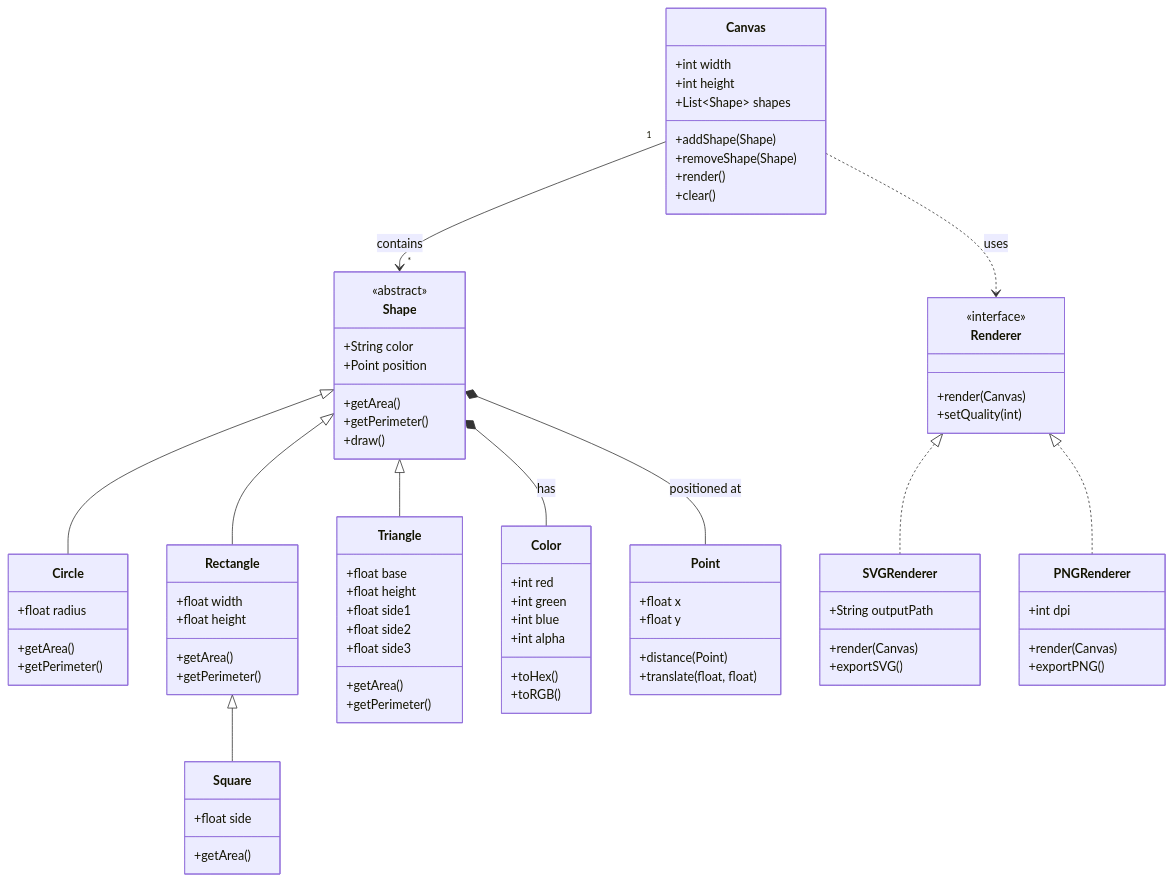
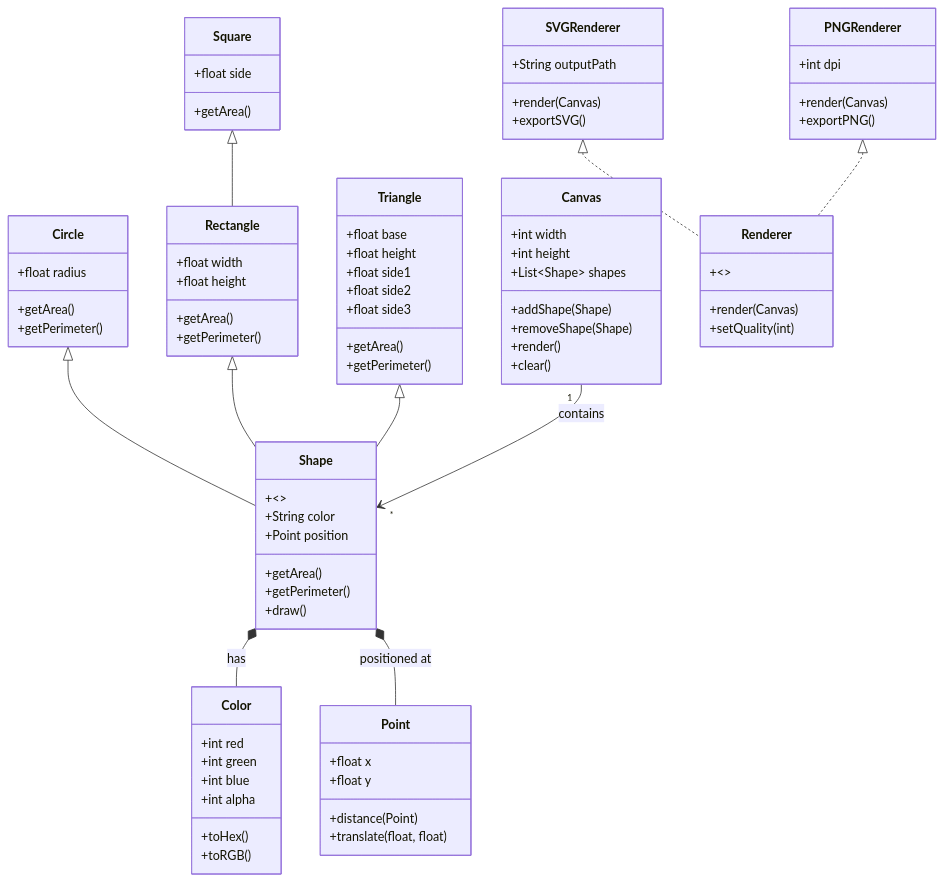
Before and after one commit to LesFarrell/Mermaid-Diagram-Editor: the diagram in showcase_layout.md, drawn with Mermaid. The commit also changed 53 other files, not shown here.

````diff
--- a/showcase_layout.md
+++ b/showcase_layout.md
@@ -1,27 +1,24 @@
 ```mermaid
 classDiagram
     class Shape {
-        <<abstract>>
+        +<<abstract>>
         +String color
         +Point position
         +getArea()
         +getPerimeter()
         +draw()
     }
-    
     class Circle {
         +float radius
         +getArea()
         +getPerimeter()
     }
-    
     class Rectangle {
         +float width
         +float height
         +getArea()
         +getPerimeter()
     }
-    
     class Triangle {
         +float base
         +float height
@@ -31,17 +28,10 @@
         +getArea()
         +getPerimeter()
     }
-    
     class Square {
         +float side
         +getArea()
     }
-    
-    Shape <|-- Circle
-    Shape <|-- Rectangle
-    Shape <|-- Triangle
-    Rectangle <|-- Square
-    
     class Canvas {
         +int width
         +int height
@@ -51,7 +41,6 @@
         +render()
         +clear()
     }
-    
     class Color {
         +int red
         +int green
@@ -60,37 +49,34 @@
         +toHex()
         +toRGB()
     }
-    
     class Point {
         +float x
         +float y
         +distance(Point)
         +translate(float, float)
     }
-    
-    Canvas "1" --> "*" Shape : contains
-    Shape *-- Color : has
-    Shape *-- Point : positioned at
-    
     class Renderer {
-        <<interface>>
+        +<<interface>>
         +render(Canvas)
         +setQuality(int)
     }
-    
     class SVGRenderer {
         +String outputPath
         +render(Canvas)
         +exportSVG()
     }
-    
     class PNGRenderer {
         +int dpi
         +render(Canvas)
         +exportPNG()
     }
-    
-    Renderer <|.. SVGRenderer
-    Renderer <|.. PNGRenderer
-    Canvas ..> Renderer : uses
+    Circle <|-- Shape
+    Rectangle <|-- Shape
+    Triangle <|-- Shape
+    Square <|-- Rectangle
+    Canvas "1" --> "*" Shape : contains
+    Shape *-- Color : has
+    Shape *-- Point : positioned at
+    SVGRenderer <|.. Renderer
+    PNGRenderer <|.. Renderer
 ```
````
